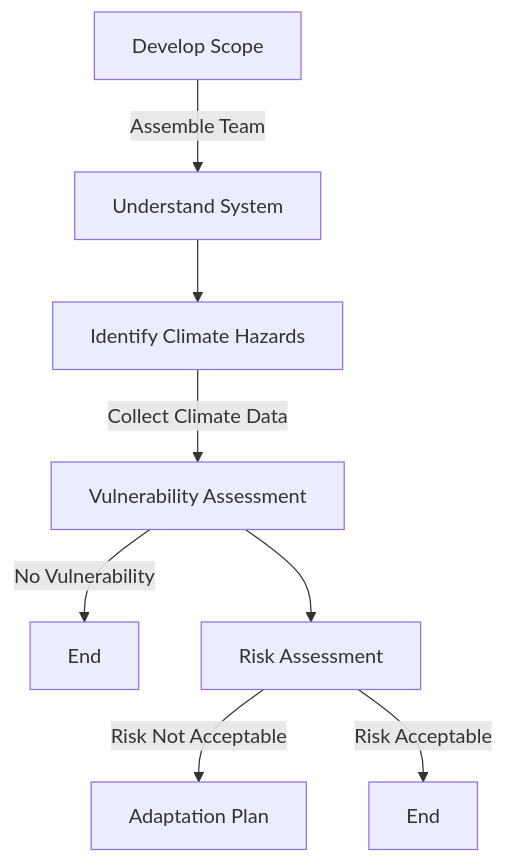
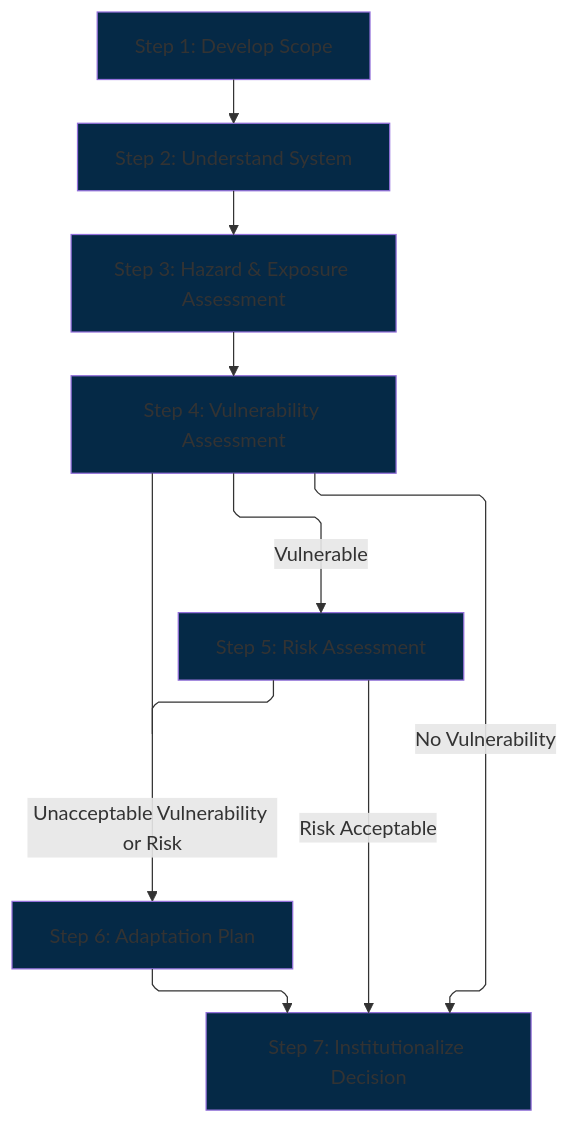
The diagram in ecdg_report/adaptation/Adaptation.qmd (Ouranosinc/energy_climate_data_guide), drawn with Mermaid before and after one commit. The commit also changed 10 other files, not shown here.

````diff
--- a/ecdg_report/adaptation/Adaptation.qmd
+++ b/ecdg_report/adaptation/Adaptation.qmd
@@ -76,12 +76,25 @@
 ```{mermaid}
 %%| fig-align: center
 %%| fig-cap: "Generic Workflow for Adaptation"
-flowchart TD
-    A[Develop Scope] -->|Assemble Team| B[Understand System]
-    B --> C[Identify Climate Hazards]
-    C --> |Collect Climate Data| D[Vulnerability Assessment]
-    D --> |No Vulnerability| G[End]
-    D --> E[Risk Assessment]
-    E --> |Risk Not Acceptable| F[Adaptation Plan]
-    E --> |Risk Acceptable| H[End]
+---
+config:
+    flowchart:
+        curve: linear
+---
+flowchart-elk TD
+    A[Step 1: Develop Scope]:::basic --> B[Step 2: Understand System]:::basic
+    B --> C[Step 3: Hazard & Exposure Assessment]:::basic
+    C --> D[Step 4: Vulnerability Assessment]:::basic
+    H[Step 7: Institutionalize Decision]:::basic
+    D --> |No Vulnerability| H
+    D --> |Vulnerable| E[Step 5: Risk Assessment]:::basic
+    F[Step 6: Adaptation Plan]:::basic
+    D & E --- J1[ ]:::join
+    J1 --> |Unacceptable Vulnerability or Risk| F
+    E --> |Risk Acceptable| H
+    F --> H
+
+    classDef basic fill:#052946
+    classDef focus fill:#CE153D
+    classDef join height:0px
 ```
````
